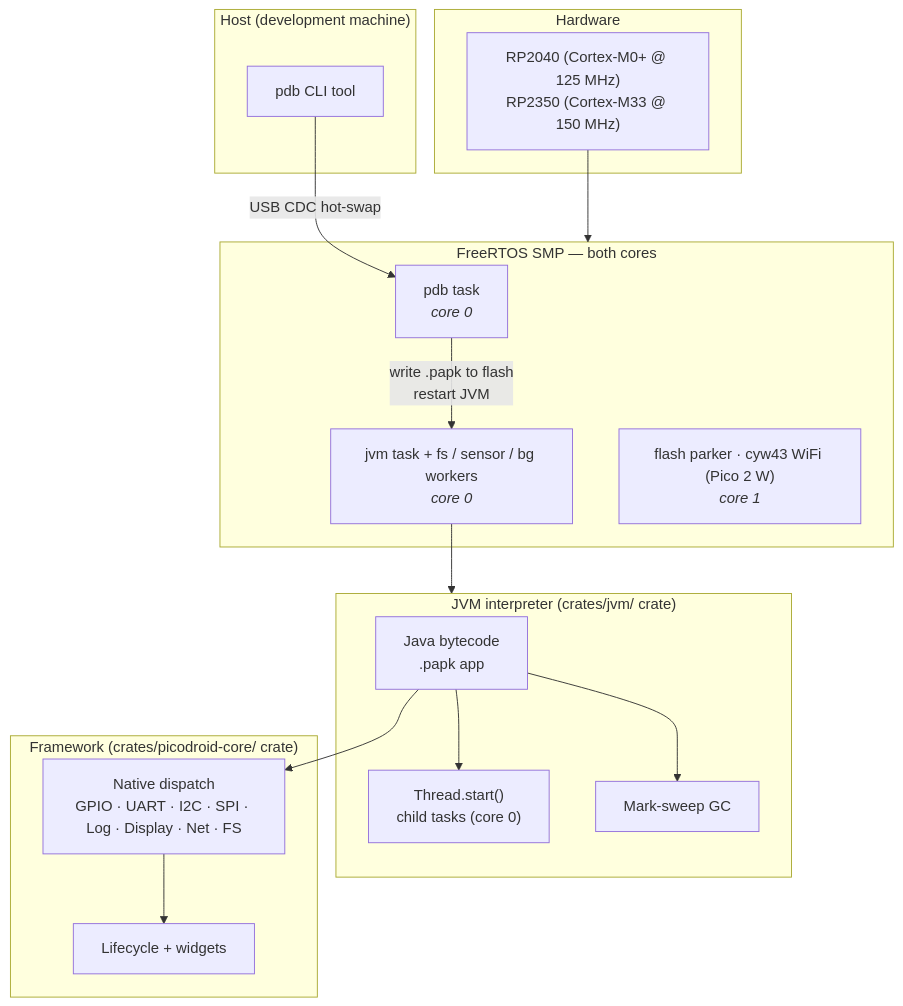
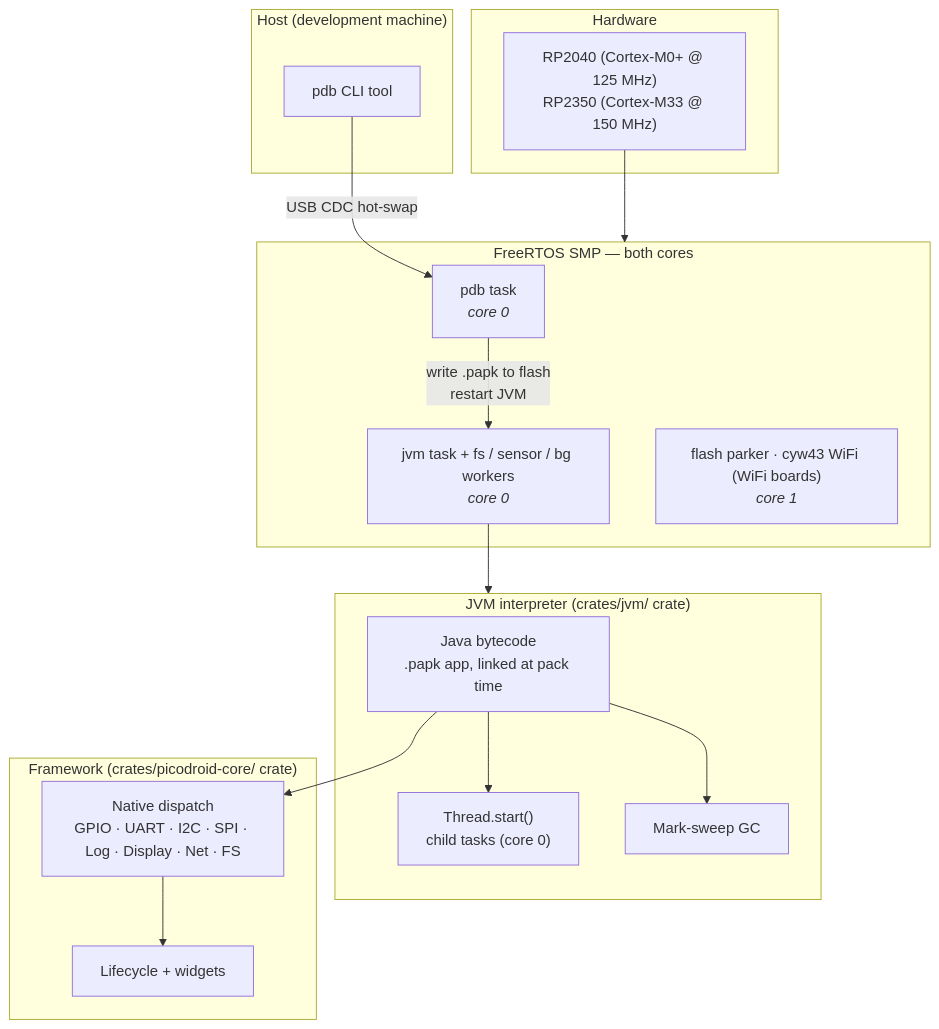
One commit to shivrajora/picodroid-rs changed the diagram in website/src/content/docs/project/architecture.md. Above: the diagram before and after it, drawn with Mermaid. The commit also changed other lines of this file and 44 other files, not shown here.

First line of the commit message:
docs(website): refresh the public docs against main — PAPK v2, flash layout, SDK coverage

````diff
--- a/website/src/content/docs/project/architecture.md
+++ b/website/src/content/docs/project/architecture.md
@@ -12,37 +12,37 @@
 ```mermaid
 graph TD
     subgraph Host["Host (development machine)"]
         PDB_CLI["pdb CLI tool"]
     end
 
     subgraph HW["Hardware"]
         SILICON["RP2040 (Cortex-M0+ @ 125 MHz)<br/>RP2350 (Cortex-M33 @ 150 MHz)"]
     end
 
     subgraph RTOS["FreeRTOS SMP — both cores"]
         PDB["pdb task<br/><i>core 0</i>"]
         JVM_TASK["jvm task + fs / sensor / bg workers<br/><i>core 0</i>"]
-        CORE1["flash parker · cyw43 WiFi (Pico 2 W)<br/><i>core 1</i>"]
+        CORE1["flash parker · cyw43 WiFi (WiFi boards)<br/><i>core 1</i>"]
     end
 
     subgraph JVM["JVM interpreter (crates/jvm/ crate)"]
-        BC["Java bytecode<br/>.papk app"]
+        BC["Java bytecode<br/>.papk app, linked at pack time"]
         THREADS["Thread.start()<br/>child tasks (core 0)"]
         GC["Mark-sweep GC"]
     end
 
     subgraph CORE["Framework (crates/picodroid-core/ crate)"]
         NATIVE["Native dispatch<br/>GPIO · UART · I2C · SPI · Log · Display · Net · FS"]
         LIFECYCLE["Lifecycle + widgets"]
     end
 
     SILICON --> RTOS
     JVM_TASK --> JVM
     BC --> THREADS
     BC --> GC
     BC --> NATIVE
     NATIVE --> LIFECYCLE
 
     PDB_CLI -- "USB CDC hot-swap" --> PDB
     PDB -- "write .papk to flash<br/>restart JVM" --> JVM_TASK
 ```
````
